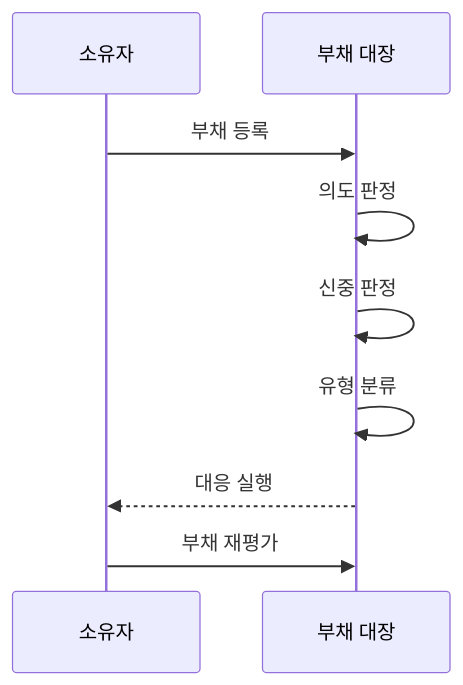
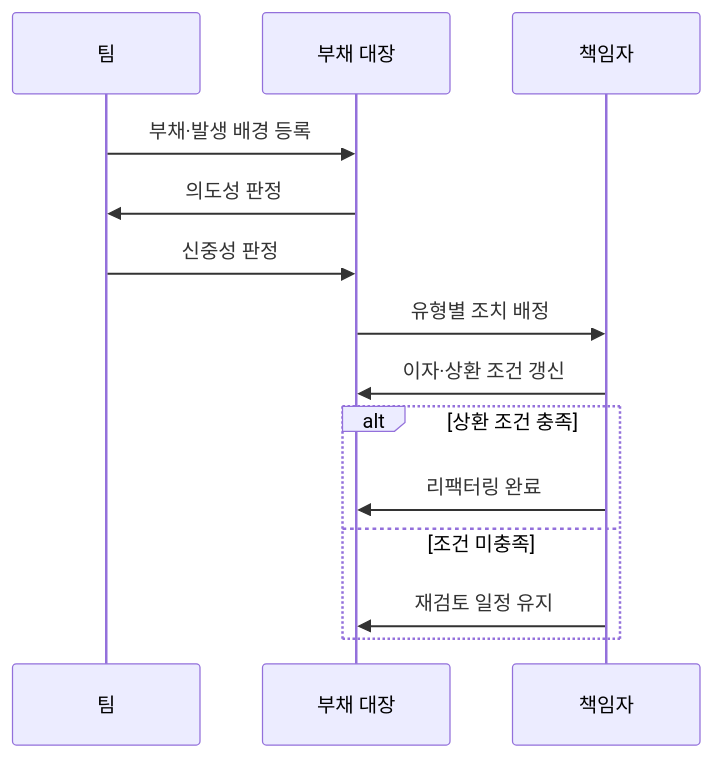
One commit to agnusdei1207/knowledge-base changed the second of 2 diagrams in src/content/docs/notes/03-software/066_technical_debt_quadrant.md. Above: the diagram before and after it, drawn with Mermaid. The commit also changed other lines of this file and 7 other files, not shown here.

````diff
--- a/src/content/docs/notes/03-software/066_technical_debt_quadrant.md
+++ b/src/content/docs/notes/03-software/066_technical_debt_quadrant.md
@@ -73,11 +78,16 @@
 ```mermaid
 sequenceDiagram
-    participant O as 소유자
+    participant T as 팀
     participant R as 부채 대장
-    O->>R: 부채 등록
-    R->>R: 의도 판정
-    R->>R: 신중 판정
-    R->>R: 유형 분류
-    R-->>O: 대응 실행
-    O->>R: 부채 재평가
+    participant O as 책임자
+    T->>R: 부채·발생 배경 등록
+    R->>T: 의도성 판정
+    T->>R: 신중성 판정
+    R->>O: 유형별 조치 배정
+    O->>R: 이자·상환 조건 갱신
+    alt 상환 조건 충족
+        O->>R: 리팩터링 완료
+    else 조건 미충족
+        O->>R: 재검토 일정 유지
+    end
 ```
````
